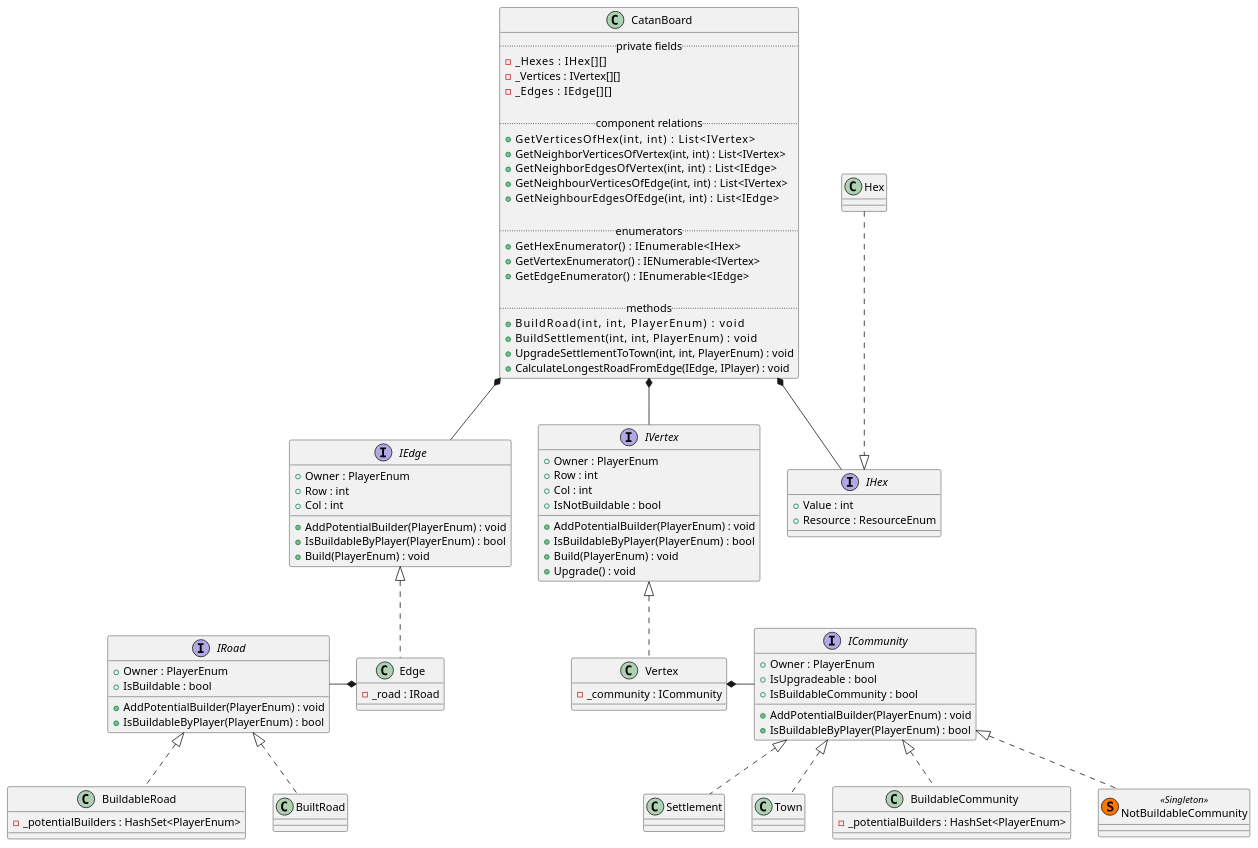
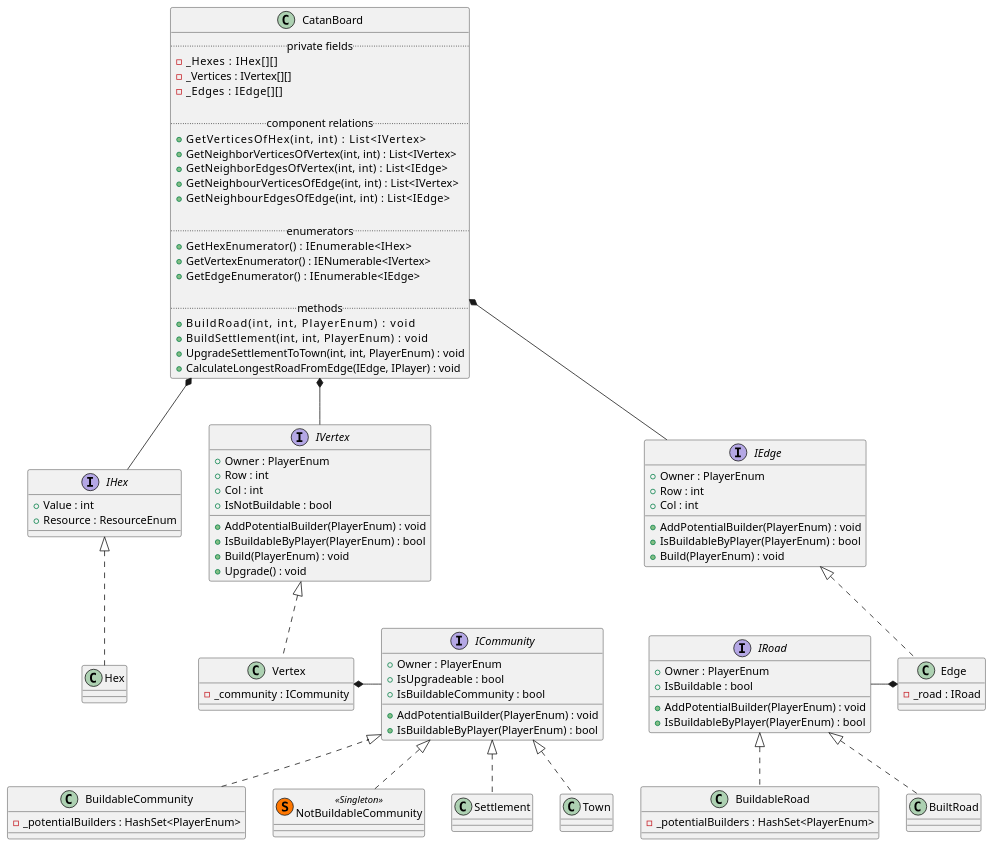
The diagram in documentation/plantuml/board.iuml (jacintfodor/Catan), drawn with PlantUML before and after one commit.

Commit message:
Update board.iuml
arrange

```diff
--- a/documentation/plantuml/board.iuml
+++ b/documentation/plantuml/board.iuml
@@ -1,108 +1,108 @@
 @startuml
 class CatanBoard {
     ..private fields..
 	-_Hexes    : IHex[][]
     -_Vertices : IVertex[][]
     -_Edges    : IEdge[][]
     
 	..component relations..
     +GetVerticesOfHex(int, int)             : List<IVertex>
     +GetNeighborVerticesOfVertex(int, int)  : List<IVertex>
     +GetNeighborEdgesOfVertex(int, int)     : List<IEdge>
     +GetNeighbourVerticesOfEdge(int, int)   : List<IVertex>
     +GetNeighbourEdgesOfEdge(int, int)      : List<IEdge>
     
 	..enumerators..
     +GetHexEnumerator()    : IEnumerable<IHex>
     +GetVertexEnumerator() : IENumerable<IVertex>
     +GetEdgeEnumerator()   : IEnumerable<IEdge>
 
     ..methods..
     +BuildRoad(int, int, PlayerEnum)               : void
     +BuildSettlement(int, int, PlayerEnum)         : void
     +UpgradeSettlementToTown(int, int, PlayerEnum) : void
     +CalculateLongestRoadFromEdge(IEdge, IPlayer) : void
 }
 
 interface IVertex
 {
     +Owner : PlayerEnum
     +Row : int
     +Col : int
     +AddPotentialBuilder(PlayerEnum) : void
     +IsBuildableByPlayer(PlayerEnum) : bool
     +IsNotBuildable : bool
     +Build(PlayerEnum) : void
     +Upgrade() : void
 }
 
 class Vertex implements IVertex{
     -_community : ICommunity
 }
 
 interface ICommunity{
     +Owner : PlayerEnum
     +AddPotentialBuilder(PlayerEnum) : void
     +IsBuildableByPlayer(PlayerEnum) : bool
     +IsUpgradeable : bool
     +IsBuildableCommunity : bool
 }
 
 Vertex *-right- ICommunity
 
 class BuildableCommunity implements ICommunity
 {
     -_potentialBuilders : HashSet<PlayerEnum>
 }
 class NotBuildableCommunity << (S,#FF7700) Singleton >> implements ICommunity
 class Settlement implements ICommunity
 class Town implements ICommunity
 
 interface IEdge 
 {
     +Owner : PlayerEnum
     +Row : int
     +Col : int
     +AddPotentialBuilder(PlayerEnum) : void
     +IsBuildableByPlayer(PlayerEnum) : bool
     +Build(PlayerEnum) : void
 }
 
 class Edge implements IEdge
 {
     -_road : IRoad
 }
 
 interface IRoad
 {
     +Owner : PlayerEnum
     +IsBuildable : bool
     +AddPotentialBuilder(PlayerEnum) : void
     +IsBuildableByPlayer(PlayerEnum) : bool
 }
 Edge *-left- IRoad
 
 class BuildableRoad implements IRoad
 {
     -_potentialBuilders : HashSet<PlayerEnum>
 }
 
 class BuiltRoad implements IRoad
 
 interface IHex
 {
     +Value : int
     +Resource : ResourceEnum
 }
 
 class Hex
 {
     
 }
 
-Hex .down.|> IHex
+Hex .up.|> IHex
 CatanBoard *-- IVertex
 CatanBoard *-- IEdge
 CatanBoard *-- IHex
 
 @enduml
```
